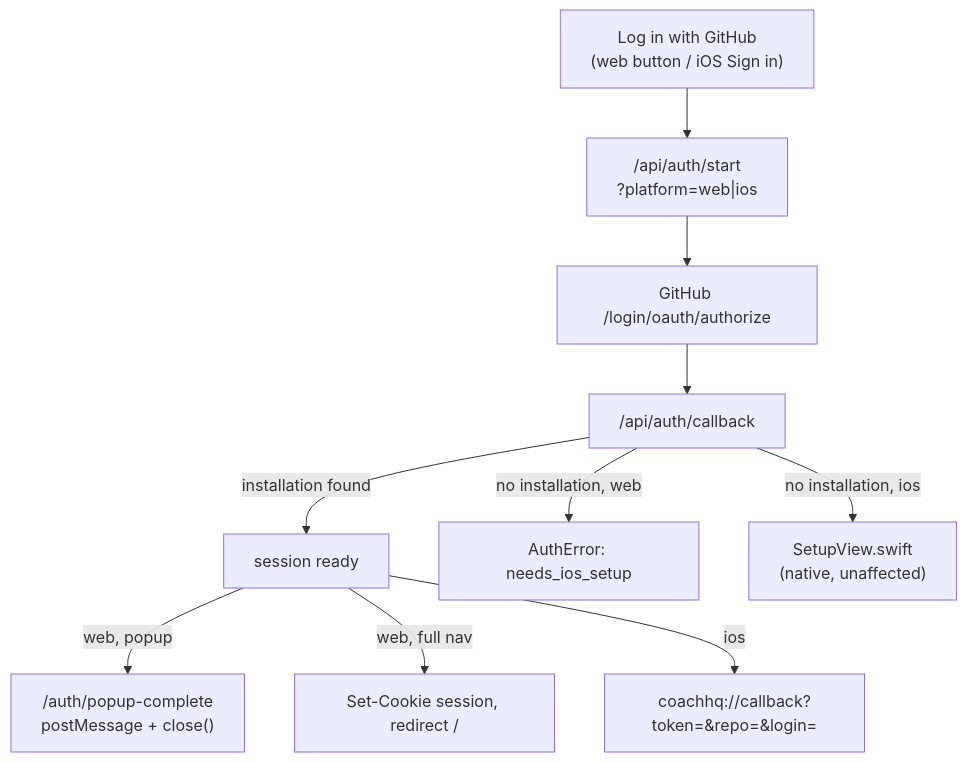
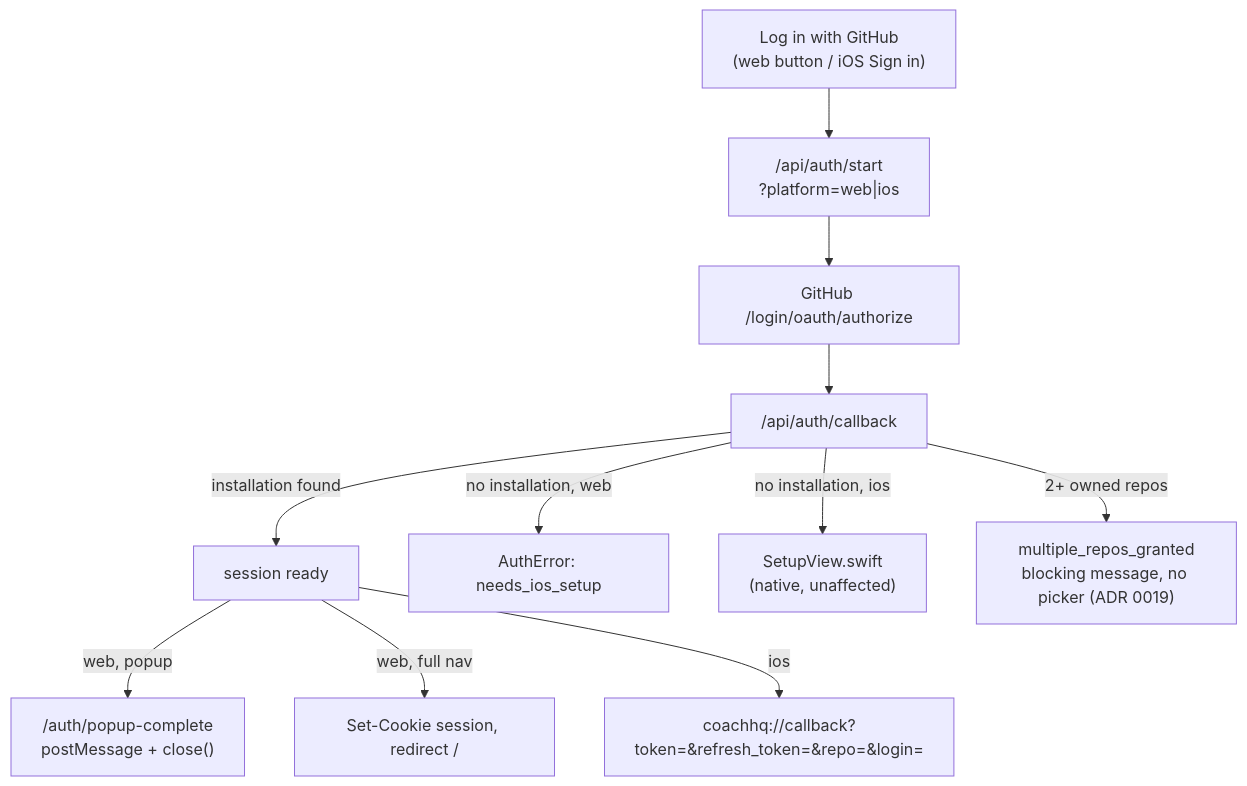
One commit to sibling-shipyard/coach-hq changed the diagram in docs/eng-docs/github-auth.md. Above: the diagram before and after it, drawn with Mermaid. The commit also changed other lines of this file, not shown here.

First line of the commit message:
docs: audit github-auth.md for accuracy and ADR-0019 coverage

````diff
--- a/docs/eng-docs/github-auth.md
+++ b/docs/eng-docs/github-auth.md
@@ -16,12 +16,13 @@
 ```mermaid
 flowchart TD
     btn["Log in with GitHub<br/>(web button / iOS Sign in)"] --> start["/api/auth/start<br/>?platform=web|ios"]
     start --> authorize["GitHub /login/oauth/authorize"]
     authorize --> cb["/api/auth/callback"]
     cb -->|"installation found"| done["session ready"]
     cb -->|"no installation, web"| authErr["AuthError: needs_ios_setup"]
     cb -->|"no installation, ios"| iossetup["SetupView.swift<br/>(native, unaffected)"]
     done -->|"web, popup"| popupdone["/auth/popup-complete<br/>postMessage + close()"]
     done -->|"web, full nav"| webdone["Set-Cookie session, redirect /"]
-    done -->|"ios"| iosdone["coachhq://callback?token=&repo=&login="]
+    done -->|"ios"| iosdone["coachhq://callback?token=&refresh_token=&repo=&login="]
+    cb -->|"2+ owned repos"| blocked["multiple_repos_granted<br/>blocking message, no picker (ADR 0019)"]
 ```
````
